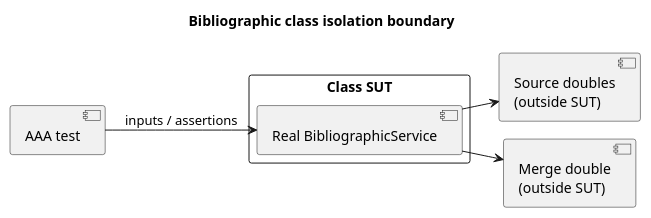
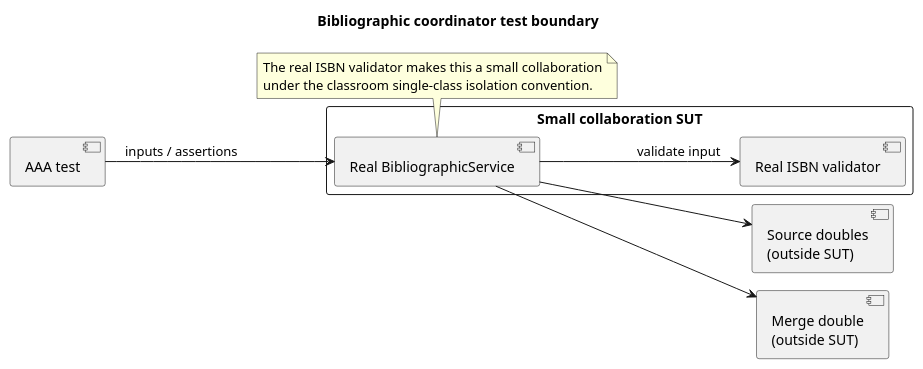
Before and after one commit to Max1124/ARQSOFT_ODSOFT_G6: the diagram in Docs/DocsMasterDegree/system-to-be/Images/BibliographicClassIsolation.puml, drawn with PlantUML. The commit also changed 15 other files, not shown here.

Commit message:
docs: update bibliographic architecture diagrams and test health metrics

```diff
--- a/Docs/DocsMasterDegree/system-to-be/Images/BibliographicClassIsolation.puml
+++ b/Docs/DocsMasterDegree/system-to-be/Images/BibliographicClassIsolation.puml
@@ -1,16 +1,19 @@
 @startuml
 !pragma layout smetana
 left to right direction
 skinparam shadowing false
 skinparam backgroundColor white
-title Bibliographic class isolation boundary
+title Bibliographic coordinator test boundary
 component "AAA test" as Test
-rectangle "Class SUT" {
+rectangle "Small collaboration SUT" {
  component "Real BibliographicService" as Service
+ component "Real ISBN validator" as Isbn
+ Service --> Isbn : validate input
 }
 component "Source doubles\n(outside SUT)" as Sources
 component "Merge double\n(outside SUT)" as Merge
 Test --> Service : inputs / assertions
 Service --> Sources
 Service --> Merge
+note bottom of Service : The real ISBN validator makes this a small collaboration\nunder the classroom single-class isolation convention.
 @enduml
```
